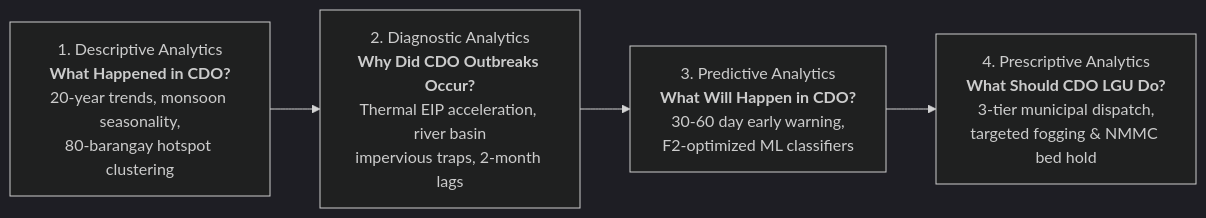
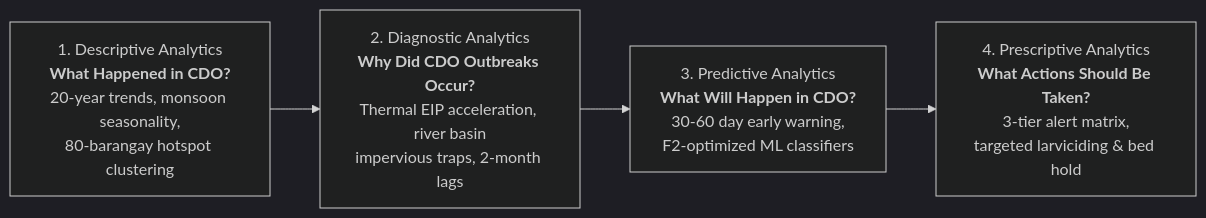
The diagram in docs/project_summary_and_defense_guide.md (Troge-dev/Climate-Driven-Vector-Borne-Outbreak-Surveillance), drawn with Mermaid (dark theme) before and after one commit. The commit also changed other lines of this file and 10 other files, not shown here.

````diff
--- a/docs/project_summary_and_defense_guide.md
+++ b/docs/project_summary_and_defense_guide.md
@@ -42,7 +40,7 @@
 ```mermaid
 graph LR
     A["1. Descriptive Analytics<br/><b>What Happened in CDO?</b><br/>20-year trends, monsoon seasonality,<br/>80-barangay hotspot clustering"] 
     --> B["2. Diagnostic Analytics<br/><b>Why Did CDO Outbreaks Occur?</b><br/>Thermal EIP acceleration, river basin<br/>impervious traps, 2-month lags"]
     --> C["3. Predictive Analytics<br/><b>What Will Happen in CDO?</b><br/>30-60 day early warning,<br/>F2-optimized ML classifiers"]
-    --> D["4. Prescriptive Analytics<br/><b>What Should CDO LGU Do?</b><br/>3-tier municipal dispatch,<br/>targeted fogging & NMMC bed hold"]
+    --> D["4. Prescriptive Analytics<br/><b>What Actions Should Be Taken?</b><br/>3-tier alert matrix,<br/>targeted larviciding & bed hold"]
 ```
````
